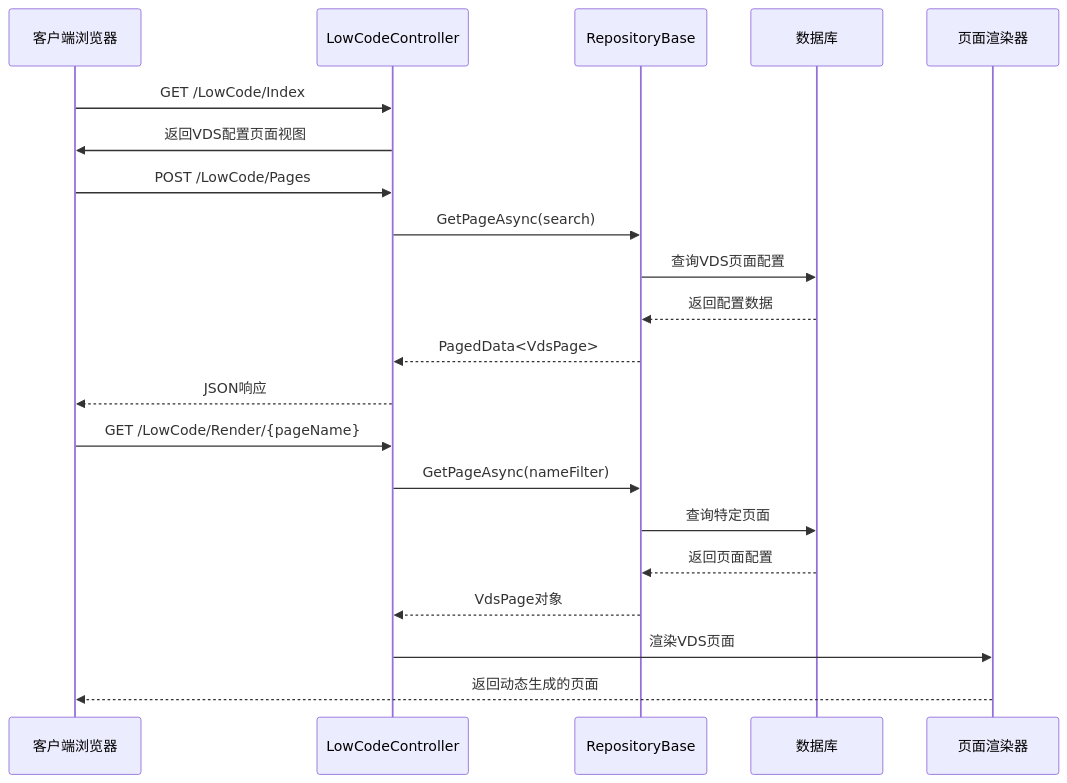
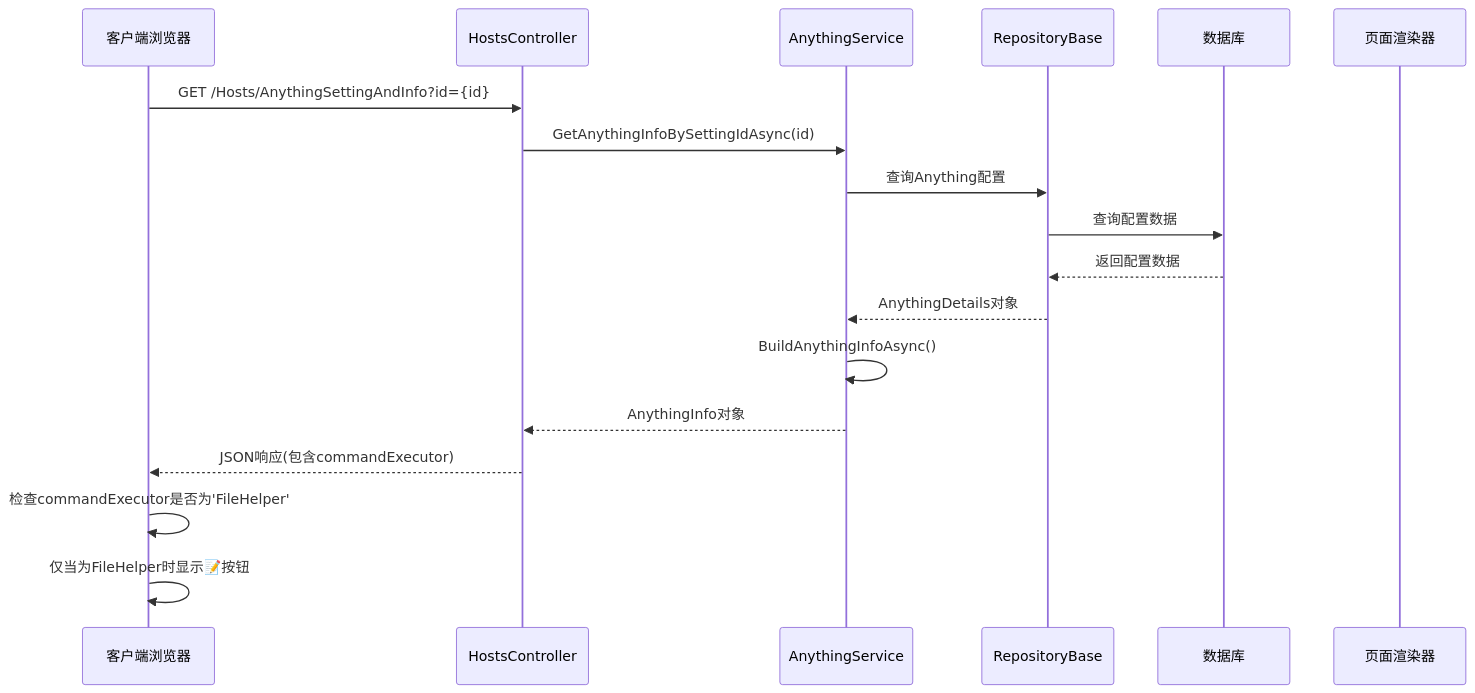
The second of 7 diagrams in .qoder/repowiki/zh/content/项目概述/核心特性/工具库系统/文件操作工具/可视化模板编辑器系统.md (Sosososolong/AirGo), drawn with Mermaid before and after one commit. The commit also changed other lines of this file and 3 other files, not shown here.

````diff
--- a/.qoder/repowiki/zh/content/项目概述/核心特性/工具库系统/文件操作工具/可视化模板编辑器系统.md
+++ b/.qoder/repowiki/zh/content/项目概述/核心特性/工具库系统/文件操作工具/可视化模板编辑器系统.md
@@ -126,23 +126,20 @@
 ```mermaid
 sequenceDiagram
 participant Client as 客户端浏览器
-participant Controller as LowCodeController
+participant Controller as HostsController
+participant Service as AnythingService
 participant Repository as RepositoryBase
 participant Database as 数据库
 participant Renderer as 页面渲染器
-Client->>Controller : GET /LowCode/Index
-Controller->>Client : 返回VDS配置页面视图
-Client->>Controller : POST /LowCode/Pages
-Controller->>Repository : GetPageAsync(search)
-Repository->>Database : 查询VDS页面配置
+Client->>Controller : GET /Hosts/AnythingSettingAndInfo?id={id}
+Controller->>Service : GetAnythingInfoBySettingIdAsync(id)
+Service->>Repository : 查询Anything配置
+Repository->>Database : 查询配置数据
 Database-->>Repository : 返回配置数据
-Repository-->>Controller : PagedData<VdsPage>
-Controller-->>Client : JSON响应
-Client->>Controller : GET /LowCode/Render/{pageName}
-Controller->>Repository : GetPageAsync(nameFilter)
-Repository->>Database : 查询特定页面
-Database-->>Repository : 返回页面配置
-Repository-->>Controller : VdsPage对象
-Controller->>Renderer : 渲染VDS页面
-Renderer-->>Client : 返回动态生成的页面
+Repository-->>Service : AnythingDetails对象
+Service->>Service : BuildAnythingInfoAsync()
+Service-->>Controller : AnythingInfo对象
+Controller-->>Client : JSON响应(包含commandExecutor)
+Client->>Client : 检查commandExecutor是否为'FileHelper'
+Client->>Client : 仅当为FileHelper时显示📝按钮
 ```
````
